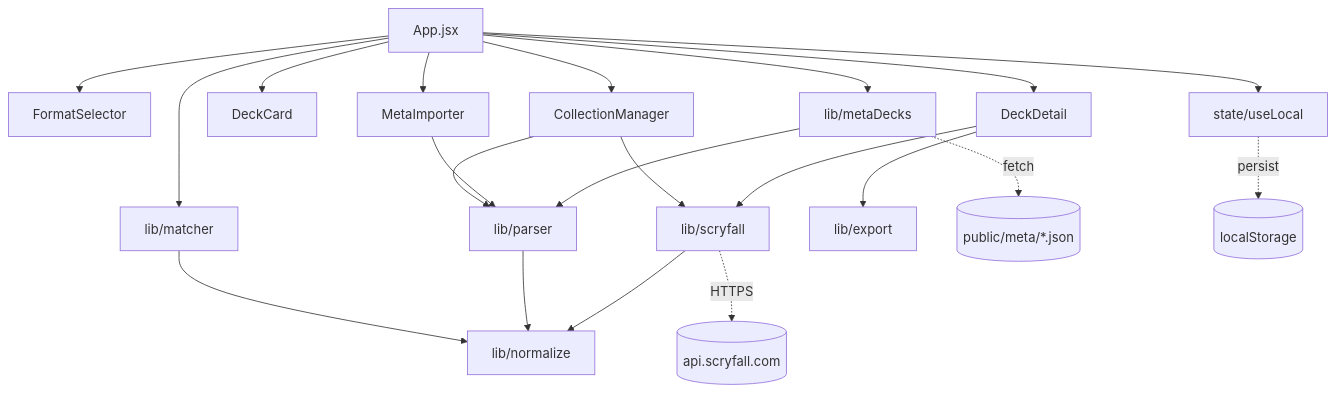
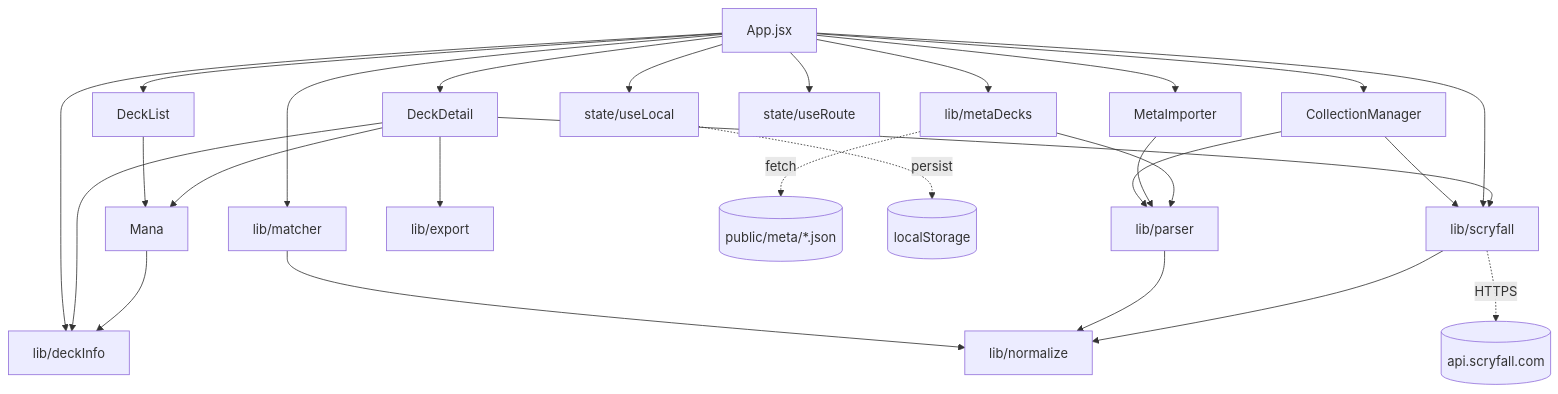
Before and after one commit to baiaibrido/mtg-deck-matcher: the diagram in docs/system-map.md, drawn with Mermaid. The commit also changed other lines of this file and 18 other files, not shown here.

````diff
--- a/docs/system-map.md
+++ b/docs/system-map.md
@@ -3,23 +3,29 @@
 ```mermaid
 graph TD
-  App[App.jsx] --> FS[FormatSelector]
+  App[App.jsx] --> DL[DeckList]
   App --> CM[CollectionManager]
-  App --> DC[DeckCard]
   App --> DD[DeckDetail]
   App --> MI[MetaImporter]
   App --> UL[state/useLocal]
+  App --> UR[state/useRoute]
+  App --> DI[lib/deckInfo]
+  DL --> MA[Mana]
+  DD --> MA
+  DD --> DI
+  MA --> DI
   App --> MD[lib/metaDecks]
   App --> MT[lib/matcher]
   CM --> PA[lib/parser]
   CM --> SF[lib/scryfall]
+  App --> SF
   MI --> PA
   DD --> SF
   DD --> EX[lib/export]
   MD --> PA
   MT --> NO[lib/normalize]
   PA --> NO
   SF --> NO
   MD -. fetch .-> META[(public/meta/*.json)]
   SF -. HTTPS .-> SCRY[(api.scryfall.com)]
   UL -. persist .-> LS[(localStorage)]
 ```
````
